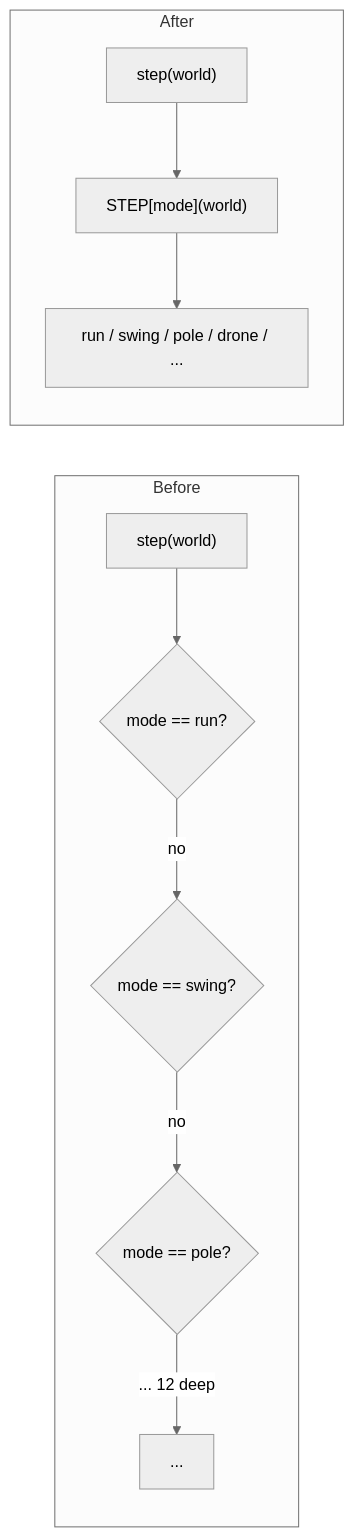
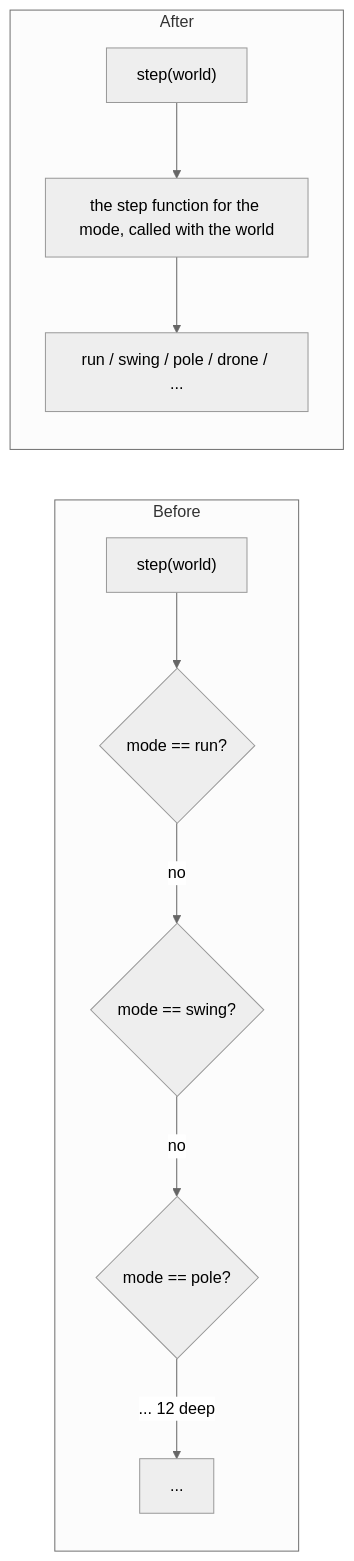
Before and after one commit to gitgithan/conquercourse: the third of 6 diagrams in docs/refactoring-story.md, drawn with Mermaid (neutral theme).

Commit message:
Refactoring story: a diagram label read like a broken link, reworded so the link test passes - Part of CC-133
Claude-Session: https://claude.ai/code/session_011JteUH526KiCBBLbHey9D6

````diff
--- a/docs/refactoring-story.md
+++ b/docs/refactoring-story.md
@@ -93,13 +93,13 @@
 ```mermaid
 flowchart LR
   subgraph b["Before"]
     s1["step(world)"] --> i1{"mode == run?"}
     i1 -->|no| i2{"mode == swing?"}
     i2 -->|no| i3{"mode == pole?"}
     i3 -->|"... 12 deep"| i4["..."]
   end
   subgraph a["After"]
-    s2["step(world)"] --> t["STEP[mode](world)"]
+    s2["step(world)"] --> t["the step function for the mode, called with the world"]
     t --> f["run / swing / pole / drone / ..."]
   end
 ```
````
